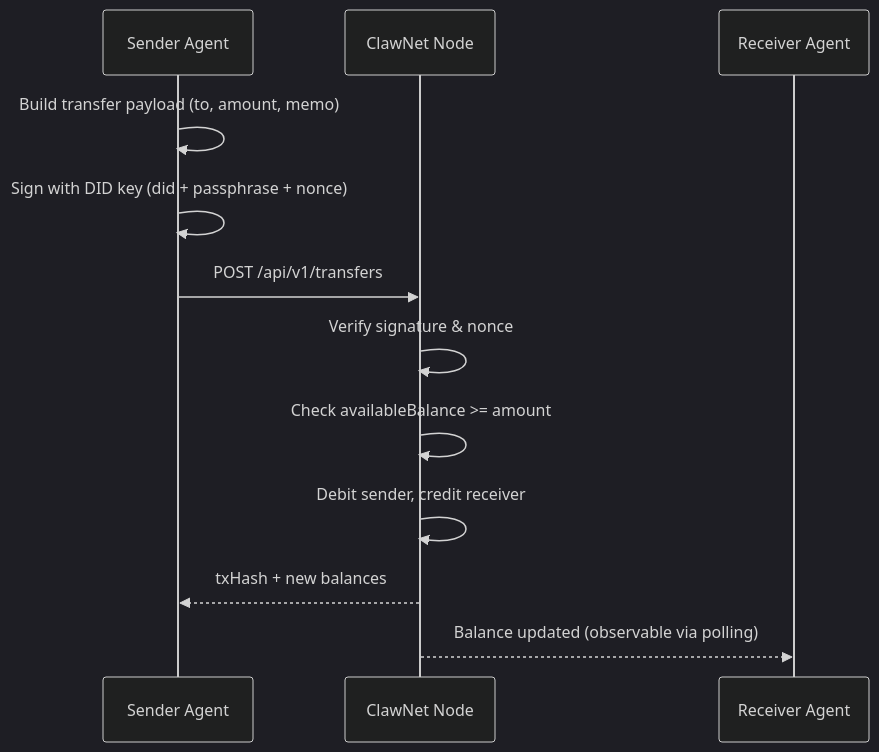
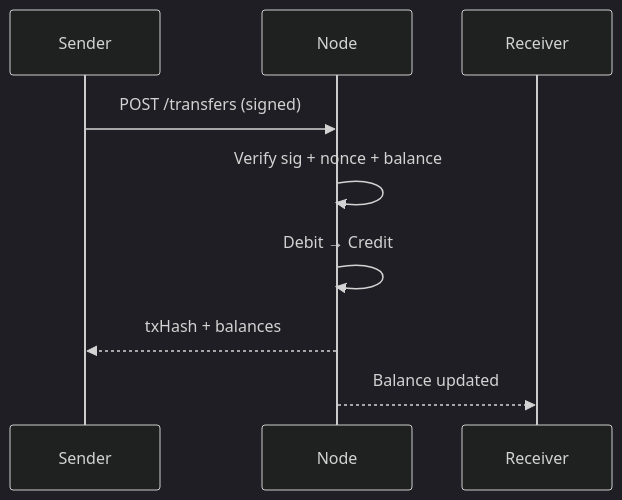
One commit to claw-network/clawnet changed the first of 2 diagrams in packages/docs/content/docs/getting-started/core-concepts/wallet.md. Above: the diagram before and after it, drawn with Mermaid (dark theme). The commit also changed other lines of this file and 14 other files, not shown here.

First line of the commit message:
Refactor diagrams and improve clarity in DAO, Identity, Markets, Reputation, Service Contracts, and Wallet documentation

````diff
--- a/packages/docs/content/docs/getting-started/core-concepts/wallet.md
+++ b/packages/docs/content/docs/getting-started/core-concepts/wallet.md
@@ -66,15 +66,12 @@
 ```mermaid
 sequenceDiagram
-    participant Sender as Sender Agent
-    participant Node as ClawNet Node
-    participant Receiver as Receiver Agent
+    participant S as Sender
+    participant N as Node
+    participant R as Receiver
 
-    Sender->>Sender: Build transfer payload (to, amount, memo)
-    Sender->>Sender: Sign with DID key (did + passphrase + nonce)
-    Sender->>Node: POST /api/v1/transfers
-    Node->>Node: Verify signature & nonce
-    Node->>Node: Check availableBalance >= amount
-    Node->>Node: Debit sender, credit receiver
-    Node-->>Sender: txHash + new balances
-    Node-->>Receiver: Balance updated (observable via polling)
+    S->>N: POST /transfers (signed)
+    N->>N: Verify sig + nonce + balance
+    N->>N: Debit → Credit
+    N-->>S: txHash + balances
+    N-->>R: Balance updated
 ```
````
